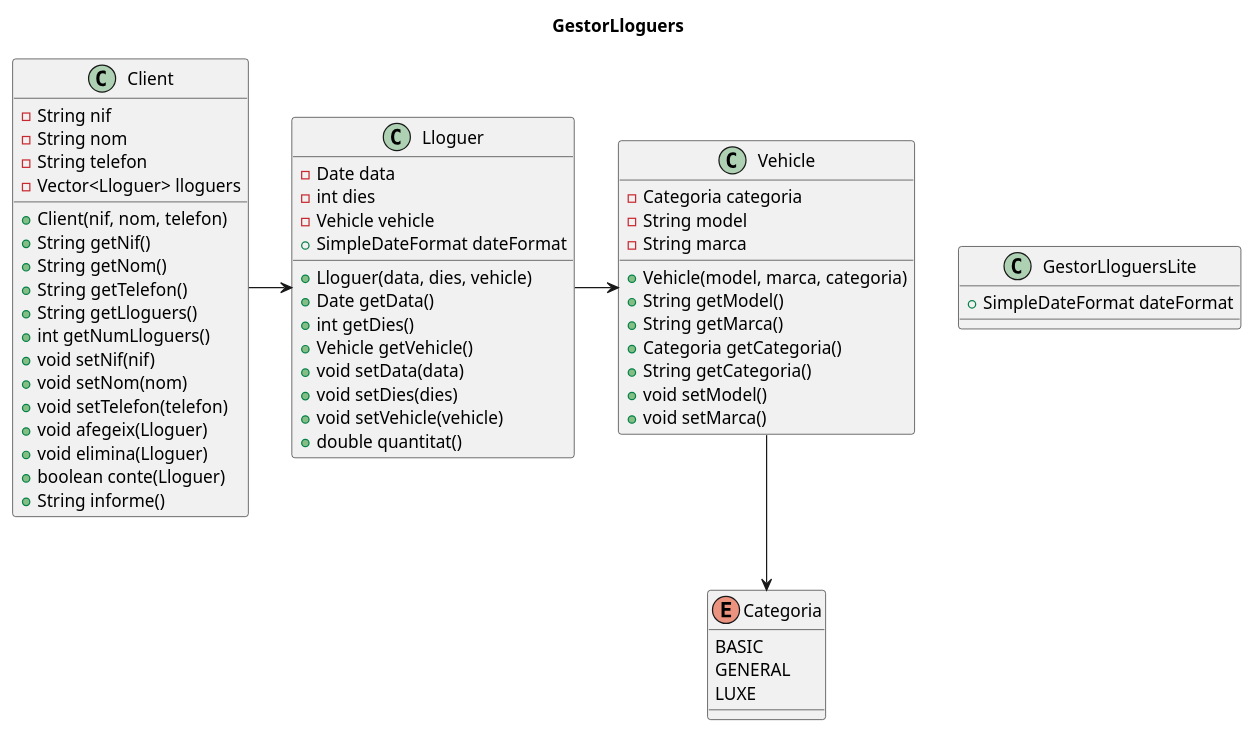
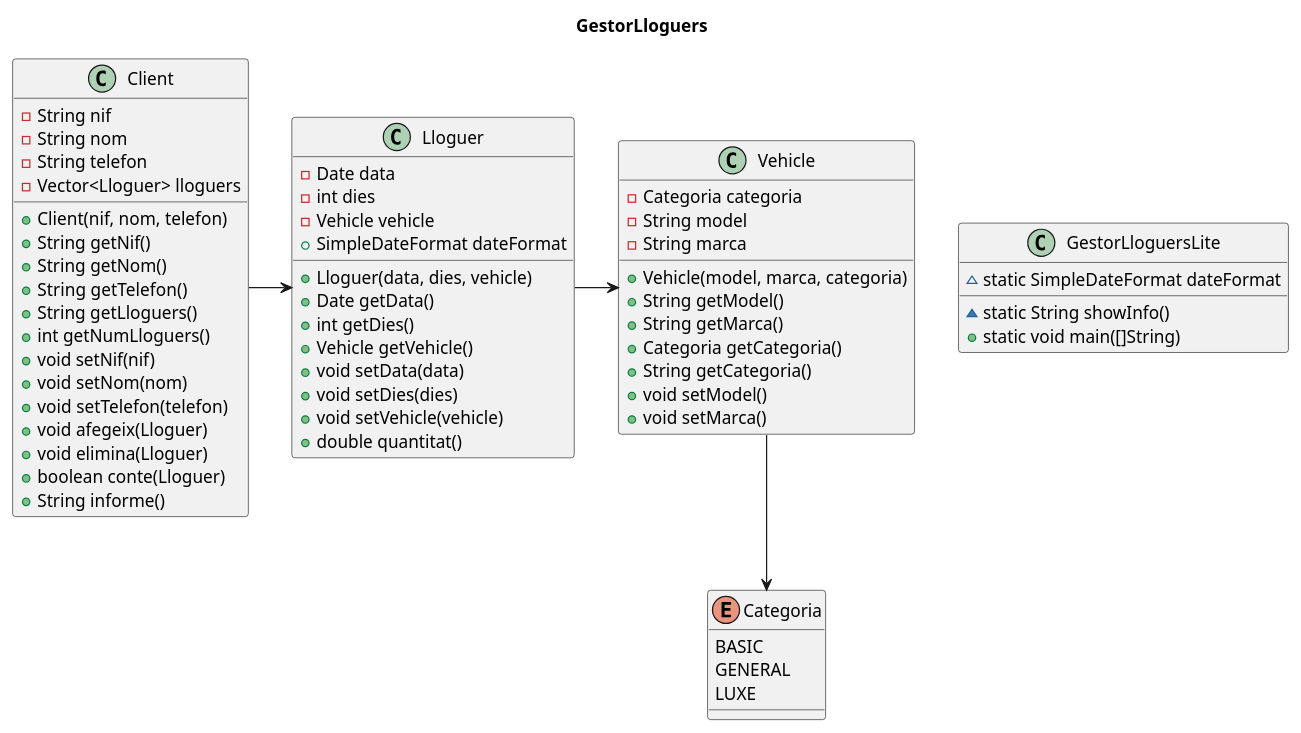
One commit to cf18alejandroquiroga/ExcercisiM5 changed the diagram in Exercicis/Doc/Excercici 9.puml. Above: the diagram before and after it, drawn with PlantUML. The commit also changed other lines of this file and 5 other files, not shown here.

```diff
--- a/Exercicis/Doc/Excercici 9.puml
+++ b/Exercicis/Doc/Excercici 9.puml
@@ -1,64 +1,66 @@
 @startuml
 
 title GestorLloguers
 
 class Client{
     - String nif
     - String nom
     - String telefon
     - Vector<Lloguer> lloguers
     + Client(nif, nom, telefon)
     + String getNif()
     + String getNom()
     + String getTelefon()
     + String getLloguers()
     + int getNumLloguers()
     + void setNif(nif)
     + void setNom(nom)
     + void setTelefon(telefon)
     + void afegeix(Lloguer)
     + void elimina(Lloguer)
     + boolean conte(Lloguer)
     + String informe()
 
 }
 class Vehicle{
     - Categoria categoria
     - String model
     - String marca
     + Vehicle(model, marca, categoria)
     + String getModel()
     + String getMarca()
     + Categoria getCategoria()
     + String getCategoria()
     + void setModel()
     + void setMarca()
 }
 class Lloguer{
     - Date data
     - int dies
     - Vehicle vehicle
     + SimpleDateFormat dateFormat
     + Lloguer(data, dies, vehicle)
     + Date getData()
     + int getDies()
     + Vehicle getVehicle()
     + void setData(data)
     + void setDies(dies)
     + void setVehicle(vehicle)
     + double quantitat()
 }
 class GestorLloguersLite{
-    + SimpleDateFormat dateFormat
+    ~ static SimpleDateFormat dateFormat
+    ~ static String showInfo()
+    + static void main([]String)
 }
 enum Categoria {
     BASIC
     GENERAL
     LUXE
 }
 
 Client -> Lloguer
 Lloguer -> Vehicle
 Vehicle --> Categoria
 
 @enduml
```
